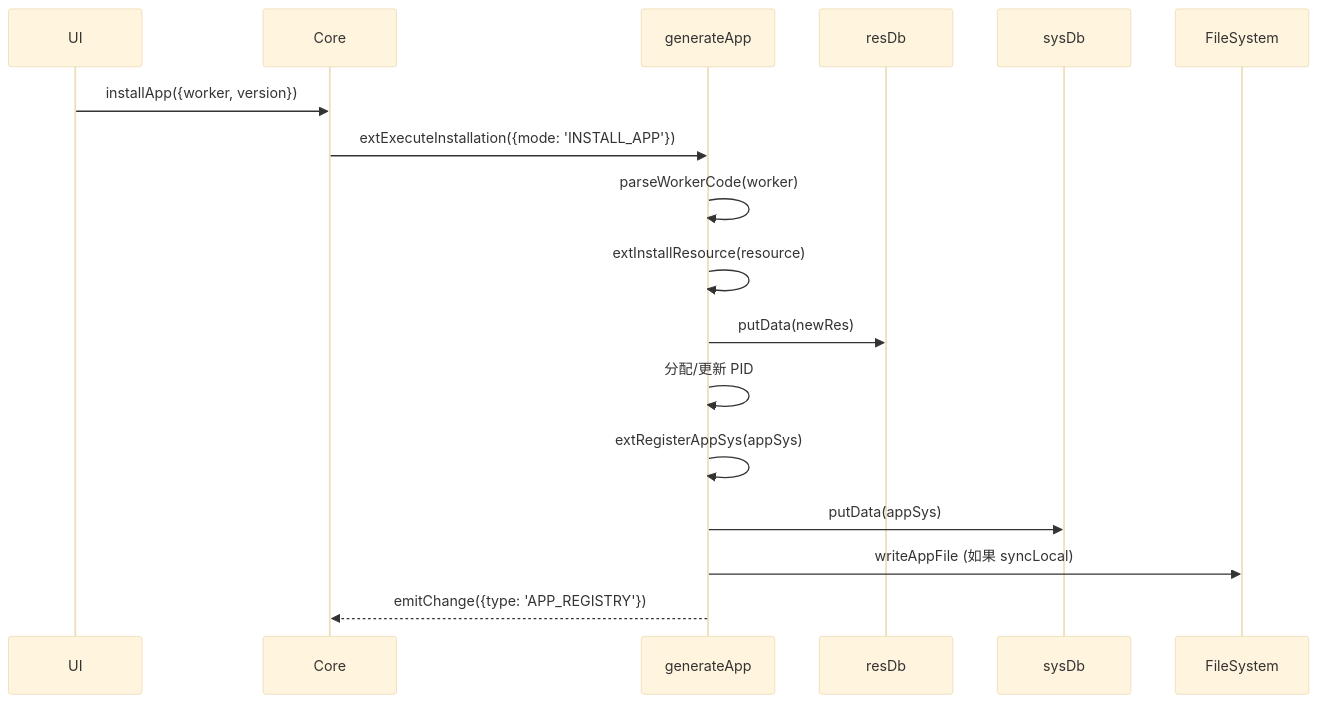
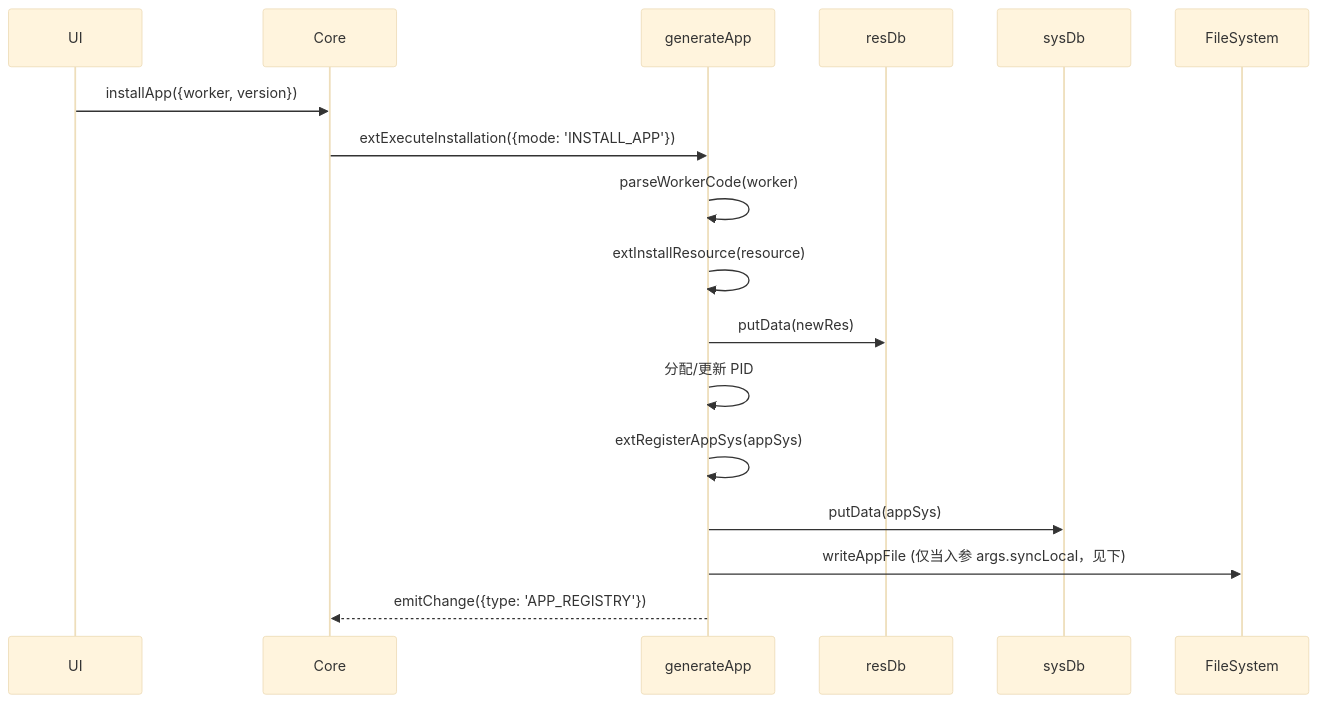
Before and after one commit to suluwanqing/sukinOS: the ninth of 14 diagrams in docs/module/04-process-kernel.md, drawn with Mermaid (base theme). The commit also changed other lines of this file and 70 other files, not shown here.

````diff
--- a/docs/module/04-process-kernel.md
+++ b/docs/module/04-process-kernel.md
@@ -785,20 +862,20 @@
 ```mermaid
 sequenceDiagram
     participant UI
     participant Core
     participant generateApp
     participant resDb
     participant sysDb
     participant FileSystem
 
     UI->>Core: installApp({worker, version})
     Core->>generateApp: extExecuteInstallation({mode: 'INSTALL_APP'})
     generateApp->>generateApp: parseWorkerCode(worker)
     generateApp->>generateApp: extInstallResource(resource)
     generateApp->>resDb: putData(newRes)
     generateApp->>generateApp: 分配/更新 PID
     generateApp->>generateApp: extRegisterAppSys(appSys)
     generateApp->>sysDb: putData(appSys)
-    generateApp->>FileSystem: writeAppFile (如果 syncLocal)
+    generateApp->>FileSystem: writeAppFile (仅当入参 args.syncLocal，见下)
     generateApp-->>Core: emitChange({type: 'APP_REGISTRY'})
 ```
````
